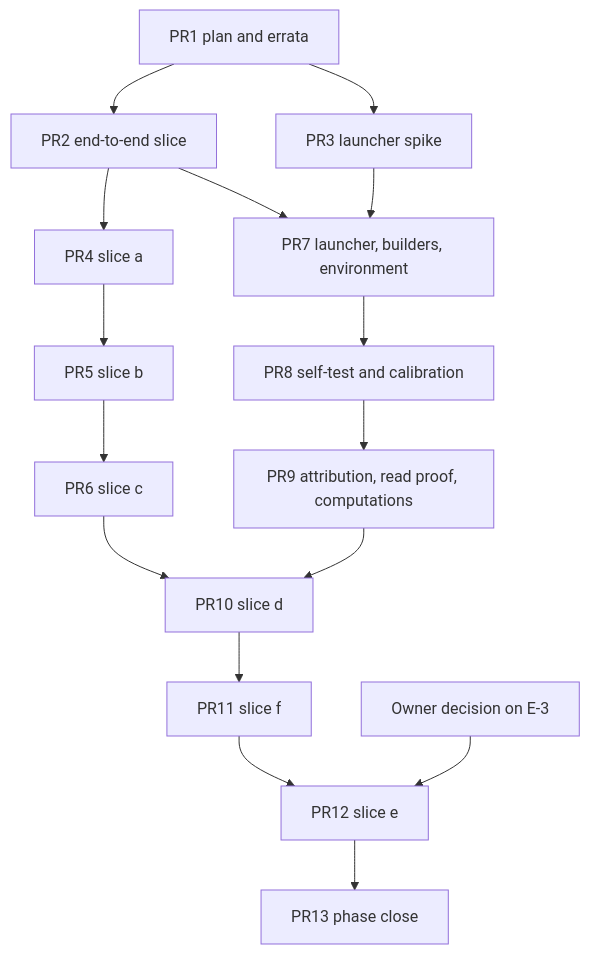
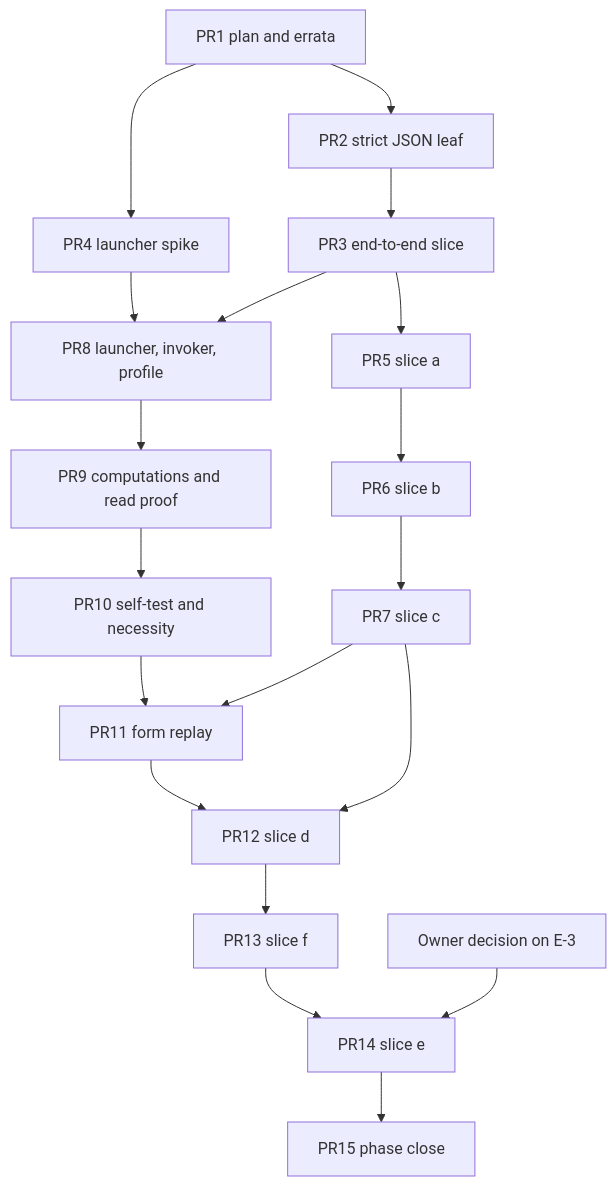
One commit to vinnyp/press-quality-lab changed the diagram in docs/plans/2026-11-24-2115-feat-grade-command-plan.md. Above: the diagram before and after it, drawn with Mermaid. The commit also changed other lines of this file and 1 other file, not shown here.

First line of the commit message:
docs: revise the phase 3 plan after the gate's third pass

````diff
--- a/docs/plans/2026-11-24-2115-feat-grade-command-plan.md
+++ b/docs/plans/2026-11-24-2115-feat-grade-command-plan.md
@@ -141,18 +176,21 @@
 ```mermaid
 flowchart TB
-  P[PR1 plan and errata] --> S[PR2 end-to-end slice]
-  P --> L[PR3 launcher spike]
-  S --> A[PR4 slice a]
-  A --> B[PR5 slice b]
-  B --> C[PR6 slice c]
-  L --> D1[PR7 launcher, builders, environment]
+  P[PR1 plan and errata] --> J[PR2 strict JSON leaf]
+  P --> L[PR4 launcher spike]
+  J --> S[PR3 end-to-end slice]
+  S --> A[PR5 slice a]
+  A --> B[PR6 slice b]
+  B --> C[PR7 slice c]
+  L --> D1[PR8 launcher, invoker, profile]
   S --> D1
-  D1 --> D2[PR8 self-test and calibration]
-  D2 --> D3[PR9 attribution, read proof, computations]
-  C --> D[PR10 slice d]
-  D3 --> D
-  D --> F[PR11 slice f]
-  F --> E[PR12 slice e]
+  D1 --> D2[PR9 computations and read proof]
+  D2 --> D3[PR10 self-test and necessity]
+  D3 --> D4[PR11 form replay]
+  C --> D4
+  D4 --> D[PR12 slice d]
+  C --> D
+  D --> F[PR13 slice f]
+  F --> E[PR14 slice e]
   O[Owner decision on E-3] --> E
-  E --> Z[PR13 phase close]
+  E --> Z[PR15 phase close]
 ```
````
